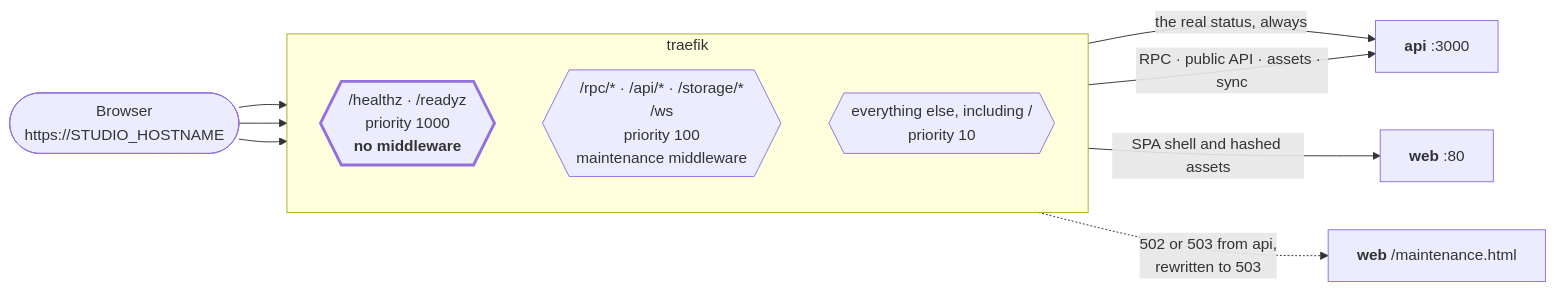
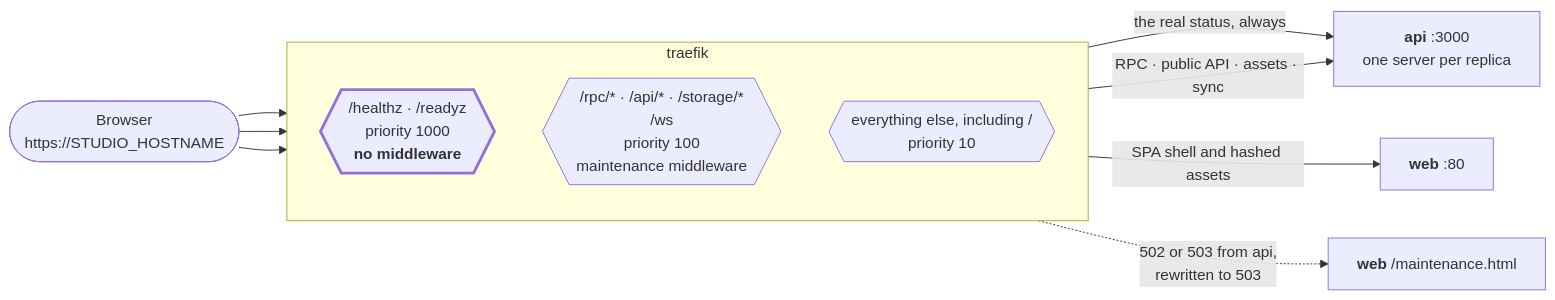
One commit to complexdatacollective/network-canvas-monorepo changed the second of 2 diagrams in apps/studio/docs/topology.md. Above: the diagram before and after it, drawn with Mermaid. The commit also changed other lines of this file and 5 other files, not shown here.

First line of the commit message:
docs(studio): document running more than one API replica

````diff
--- a/apps/studio/docs/topology.md
+++ b/apps/studio/docs/topology.md
@@ -105,27 +105,27 @@
 ```mermaid
 flowchart LR
     browser(["Browser<br>https://STUDIO_HOSTNAME"])
 
     subgraph traefik["traefik"]
         direction TB
         health{{"/healthz · /readyz<br>priority 1000<br><b>no middleware</b>"}}
         apirule{{"/rpc/* · /api/* · /storage/*<br>/ws<br>priority 100<br>maintenance middleware"}}
         webrule{{"everything else, including /<br>priority 10"}}
     end
 
-    apisvc["<b>api</b> :3000"]
+    apisvc["<b>api</b> :3000<br>one server per replica"]
     websvc["<b>web</b> :80"]
 
     browser --> health
     browser --> apirule
     browser --> webrule
 
     health -->|"the real status, always"| apisvc
     apirule -->|"RPC · public API · assets · sync"| apisvc
     webrule -->|"SPA shell and hashed assets"| websvc
 
     apirule -. "502 or 503 from api,<br>rewritten to 503" .-> maint["<b>web</b> /maintenance.html"]
 
     classDef bypass stroke-width:3px
     class health bypass
 ```
````
